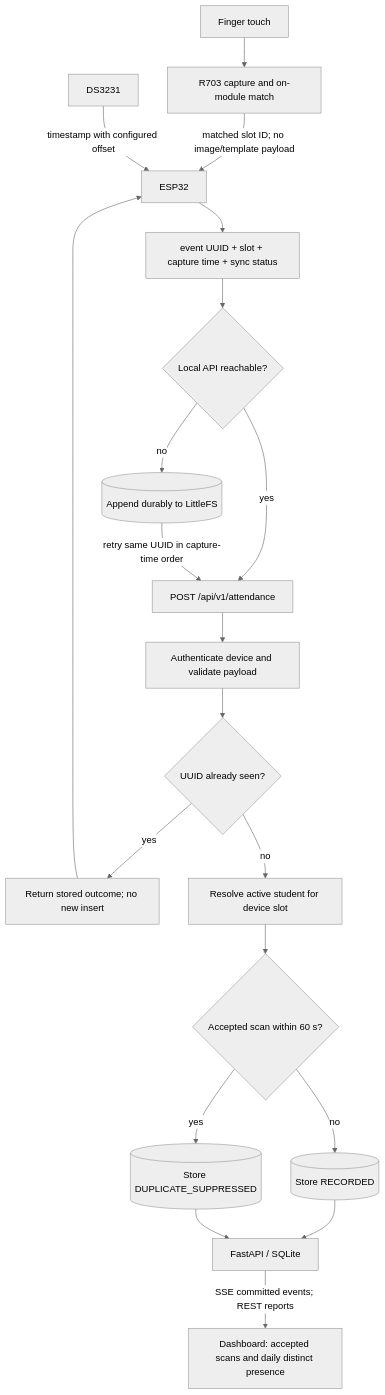
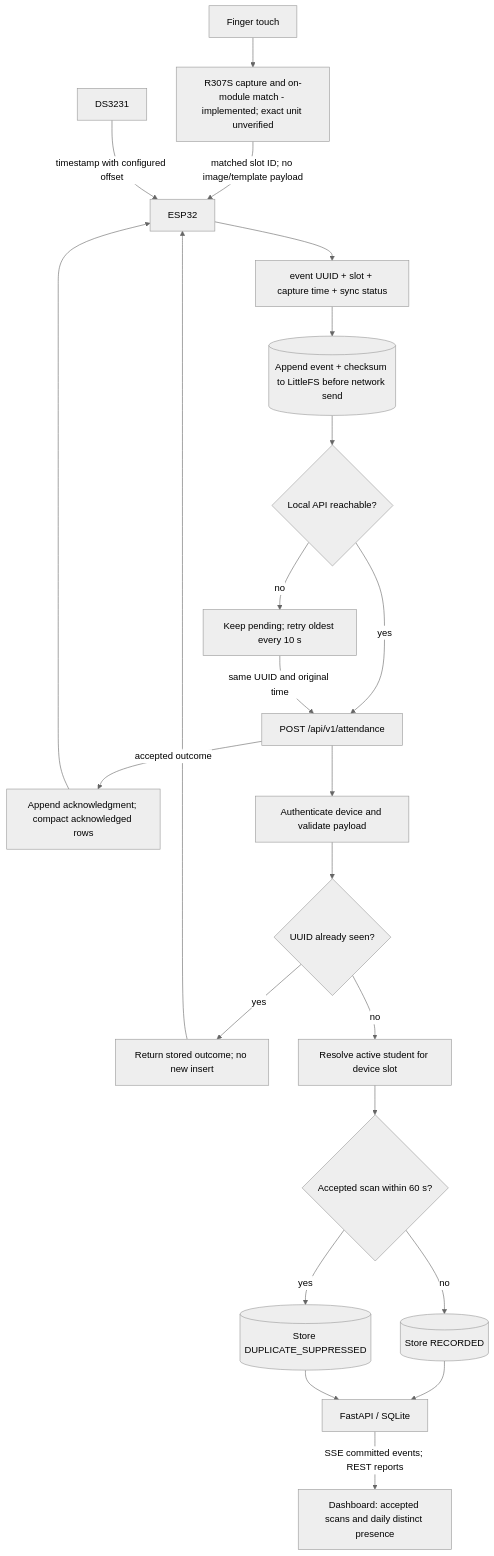
Before and after one commit to Wireshreck/biometric-attendance: the diagram in diagrams/data-flow.mmd, drawn with Mermaid (neutral theme). The commit also changed 59 other files, not shown here.

```diff
--- a/diagrams/data-flow.mmd
+++ b/diagrams/data-flow.mmd
@@ -1,20 +1,23 @@
 flowchart TD
-  Finger[Finger touch] --> Sensor[R703 capture and on-module match]
+  Finger[Finger touch] --> Sensor[R307S capture and on-module match - implemented; exact unit unverified]
   Sensor -->|matched slot ID; no image/template payload| MCU[ESP32]
   RTC[DS3231] -->|timestamp with configured offset| MCU
   MCU --> Event[event UUID + slot + capture time + sync status]
-  Event --> Online{Local API reachable?}
+  Event --> Persist[(Append event + checksum to LittleFS before network send)]
+  Persist --> Online{Local API reachable?}
   Online -->|yes| Post[POST /api/v1/attendance]
-  Online -->|no| Persist[(Append durably to LittleFS)]
-  Persist -->|retry same UUID in capture-time order| Post
+  Online -->|no| Offline[Keep pending; retry oldest every 10 s]
+  Offline -->|same UUID and original time| Post
+  Post -->|accepted outcome| Ack[Append acknowledgment; compact acknowledged rows]
+  Ack --> MCU
   Post --> Validate[Authenticate device and validate payload]
   Validate --> Decide{UUID already seen?}
   Decide -->|yes| ReturnSaved[Return stored outcome; no new insert]
   Decide -->|no| Resolve[Resolve active student for device slot]
   Resolve --> Window{Accepted scan within 60 s?}
   Window -->|yes| Suppressed[(Store DUPLICATE_SUPPRESSED)]
   Window -->|no| Recorded[(Store RECORDED)]
   Recorded --> API[FastAPI / SQLite]
   Suppressed --> API
   ReturnSaved --> MCU
   API -->|SSE committed events; REST reports| Dashboard[Dashboard: accepted scans and daily distinct presence]
```
